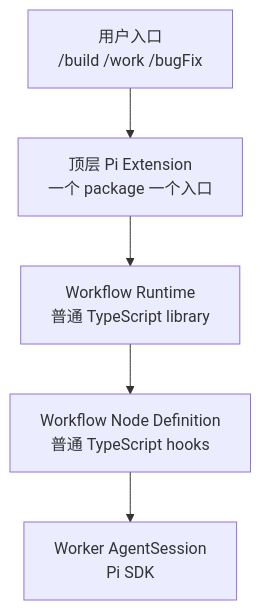
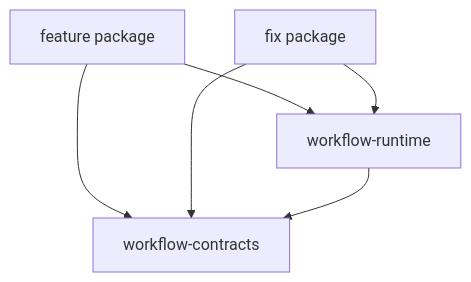
The diagram in docs/03-项目落地/仓库组织.md (ZHOUKAILIAN/my-pi-extension), drawn with Mermaid before and after one commit. The commit also changed other lines of this file and 41 other files, not shown here.

````diff
--- a/docs/03-项目落地/仓库组织.md
+++ b/docs/03-项目落地/仓库组织.md
@@ -220,10 +35,8 @@
 ```mermaid
 flowchart TB
-    command[用户入口<br/>/build /work /bugFix]
-    extension[顶层 Pi Extension<br/>一个 package 一个入口]
-    runtime[Workflow Runtime<br/>普通 TypeScript library]
-    node[Workflow Node Definition<br/>普通 TypeScript hooks]
-    worker[Worker AgentSession<br/>Pi SDK]
-
-    command --> extension --> runtime --> node --> worker
+    feature[feature package] --> runtime[workflow-runtime]
+    fix[fix package] --> runtime
+    feature --> contracts[workflow-contracts]
+    fix --> contracts
+    runtime --> contracts
 ```
````
